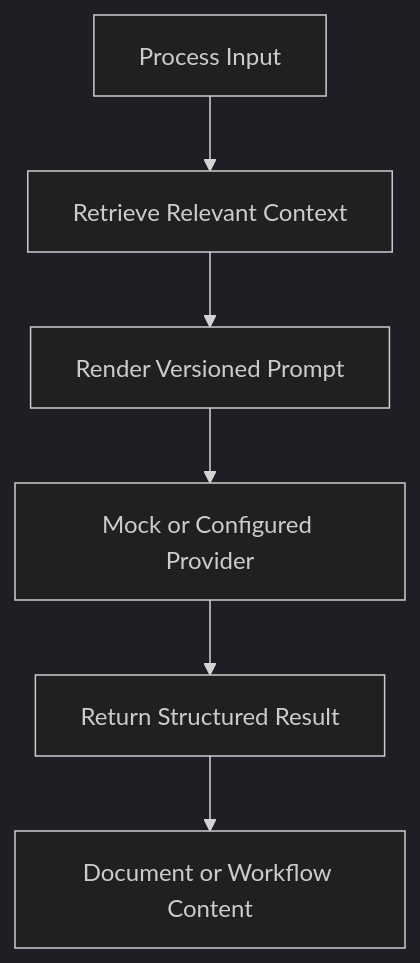
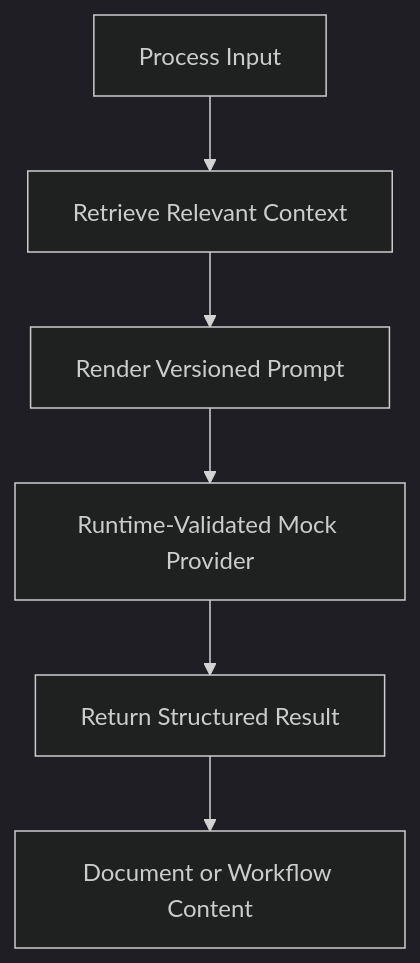
Before and after one commit to Deepudk04/flowforge-ai: the third of 4 diagrams in README.md, drawn with Mermaid (dark theme). The commit also changed other lines of this file and 46 other files, not shown here.

````diff
--- a/README.md
+++ b/README.md
@@ -86,8 +85,8 @@
 ```mermaid
 flowchart TD
     Input[Process Input] --> Retrieve[Retrieve Relevant Context]
     Retrieve --> Render[Render Versioned Prompt]
-    Render --> Provider[Mock or Configured Provider]
+    Render --> Provider[Runtime-Validated Mock Provider]
     Provider --> Validate[Return Structured Result]
     Validate --> Output[Document or Workflow Content]
 ```
````
